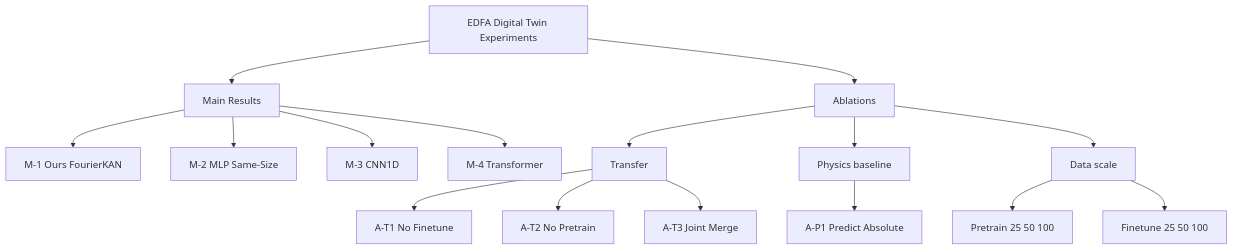
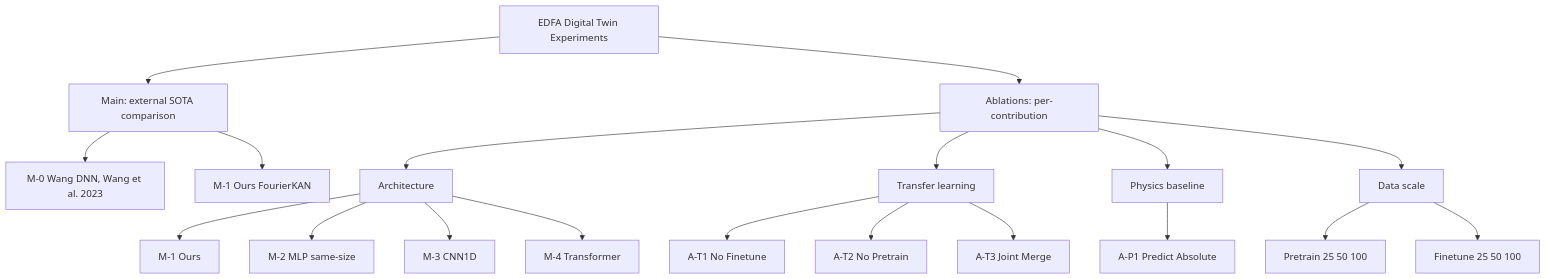
One commit to yukangZhuu/ofc_ml changed the diagram in docs/experiments.md. Above: the diagram before and after it, drawn with Mermaid. The commit also changed other lines of this file and 14 other files, not shown here.

Commit message:
feat: introduce Wang DNN as main baseline

````diff
--- a/docs/experiments.md
+++ b/docs/experiments.md
@@ -150,19 +160,22 @@
 ```mermaid
 graph TD
     Root[EDFA Digital Twin Experiments]
-    Root --> Main[Main Results]
-    Root --> Abl[Ablations]
+    Root --> Main[Main: external SOTA comparison]
+    Root --> Abl[Ablations: per-contribution]
+    Main --> M0[M-0 Wang DNN, Wang et al. 2023]
     Main --> M1[M-1 Ours FourierKAN]
-    Main --> M2[M-2 MLP Same-Size]
-    Main --> M3[M-3 CNN1D]
-    Main --> M4[M-4 Transformer]
-    Abl --> T[Transfer]
+    Abl --> ARCH[Architecture]
+    Abl --> T[Transfer learning]
     Abl --> P[Physics baseline]
     Abl --> D[Data scale]
+    ARCH --> A1m[M-1 Ours]
+    ARCH --> A2m[M-2 MLP same-size]
+    ARCH --> A3m[M-3 CNN1D]
+    ARCH --> A4m[M-4 Transformer]
     T --> T1[A-T1 No Finetune]
     T --> T2[A-T2 No Pretrain]
     T --> T3[A-T3 Joint Merge]
     P --> P1[A-P1 Predict Absolute]
     D --> Dp[Pretrain 25 50 100]
     D --> Df[Finetune 25 50 100]
 ```
````
